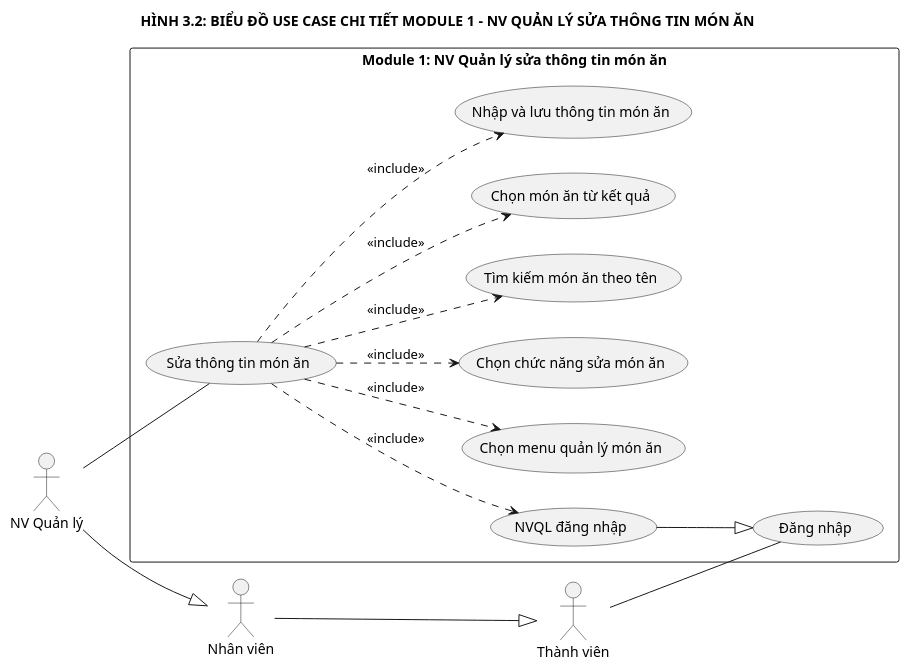
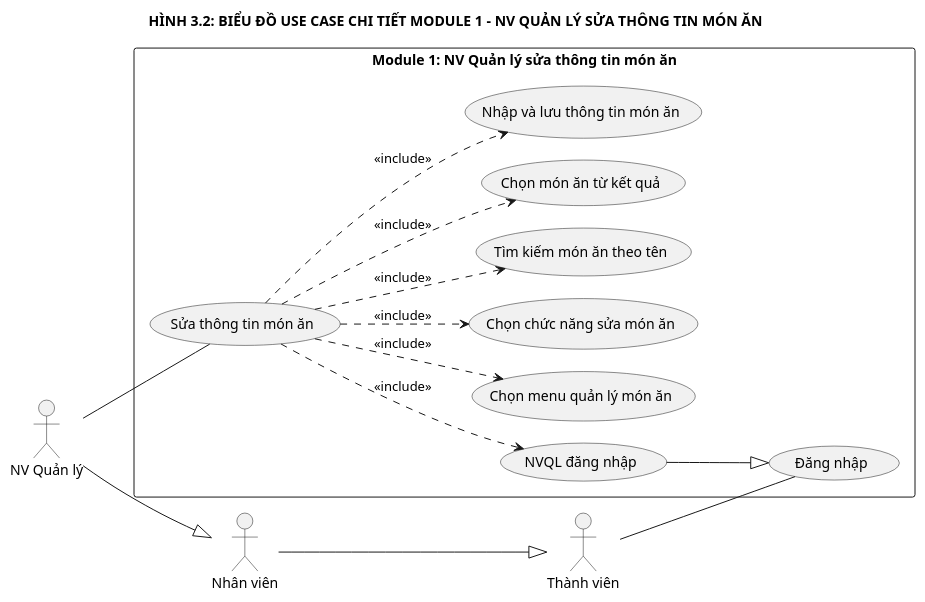
The diagram in docs/plantuml/dac_ta/Spec_02_UseCase_Module1.puml (NEWBIE1005/RMS_RestaurantManagementSystem), drawn with PlantUML before and after one commit. The commit also changed 38 other files, not shown here.

Commit message:
Optimize UML relationships, sequence numbering, and diagram layouts

```diff
--- a/docs/plantuml/dac_ta/Spec_02_UseCase_Module1.puml
+++ b/docs/plantuml/dac_ta/Spec_02_UseCase_Module1.puml
@@ -1,39 +1,41 @@
 @startuml Spec_02_UseCase_Module1
 left to right direction
 skinparam packageStyle rectangle
 skinparam monochrome true
 skinparam shadowing false
+skinparam nodesep 22
+skinparam ranksep 65
 
 title HÌNH 3.2: BIỂU ĐỒ USE CASE CHI TIẾT MODULE 1 - NV QUẢN LÝ SỬA THÔNG TIN MÓN ĂN
 
 actor "Thành viên" as Member
 actor "Nhân viên" as Staff
 actor "NV Quản lý" as Manager
 
 Staff --|> Member
 Manager --|> Staff
 
 rectangle "Module 1: NV Quản lý sửa thông tin món ăn" {
     usecase "Đăng nhập" as UC_Login
     usecase "NVQL đăng nhập" as UC_MgrLogin
     usecase "Sửa thông tin món ăn" as UC_EditDish
     usecase "Chọn menu quản lý món ăn" as UC_SelectMenu
     usecase "Chọn chức năng sửa món ăn" as UC_SelectFunc
     usecase "Tìm kiếm món ăn theo tên" as UC_SearchDish
     usecase "Chọn món ăn từ kết quả" as UC_SelectDish
     usecase "Nhập và lưu thông tin món ăn" as UC_SaveDish
 
     UC_MgrLogin --|> UC_Login
 }
 
 Member -- UC_Login
 Manager -- UC_EditDish
 
 UC_EditDish ..> UC_MgrLogin : <<include>>
 UC_EditDish ..> UC_SelectMenu : <<include>>
 UC_EditDish ..> UC_SelectFunc : <<include>>
 UC_EditDish ..> UC_SearchDish : <<include>>
 UC_EditDish ..> UC_SelectDish : <<include>>
 UC_EditDish ..> UC_SaveDish : <<include>>
 
 @enduml
```
